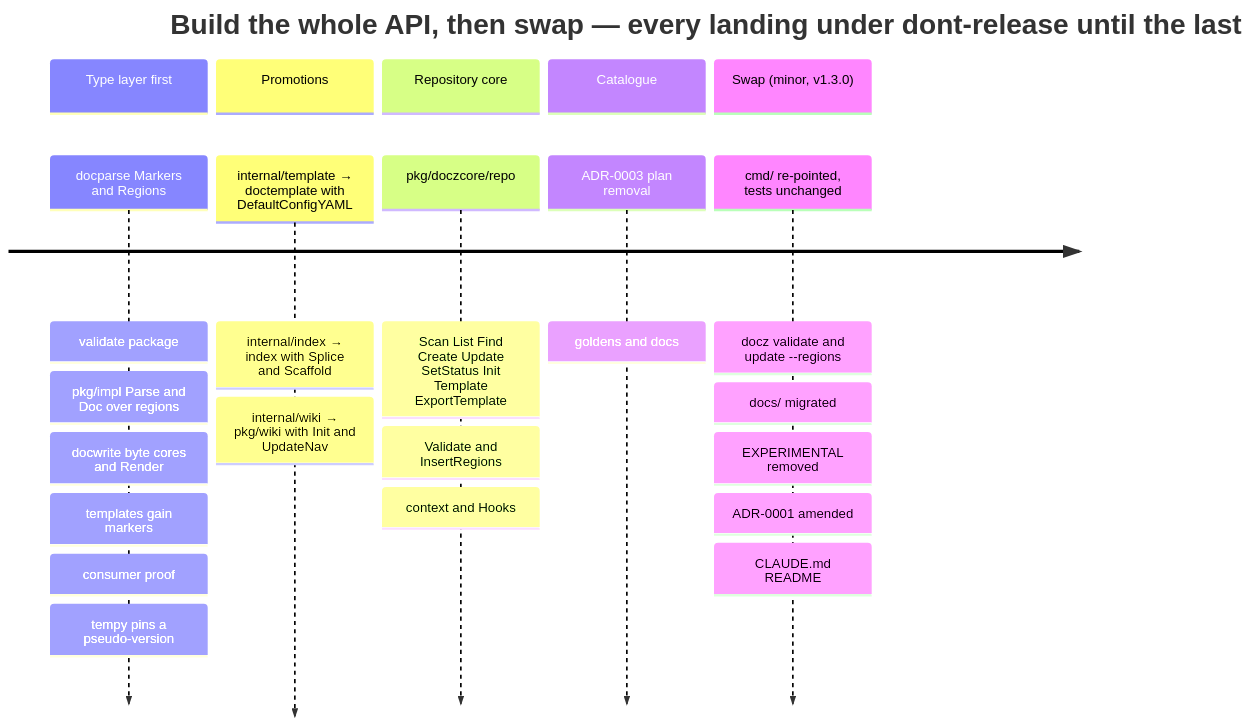
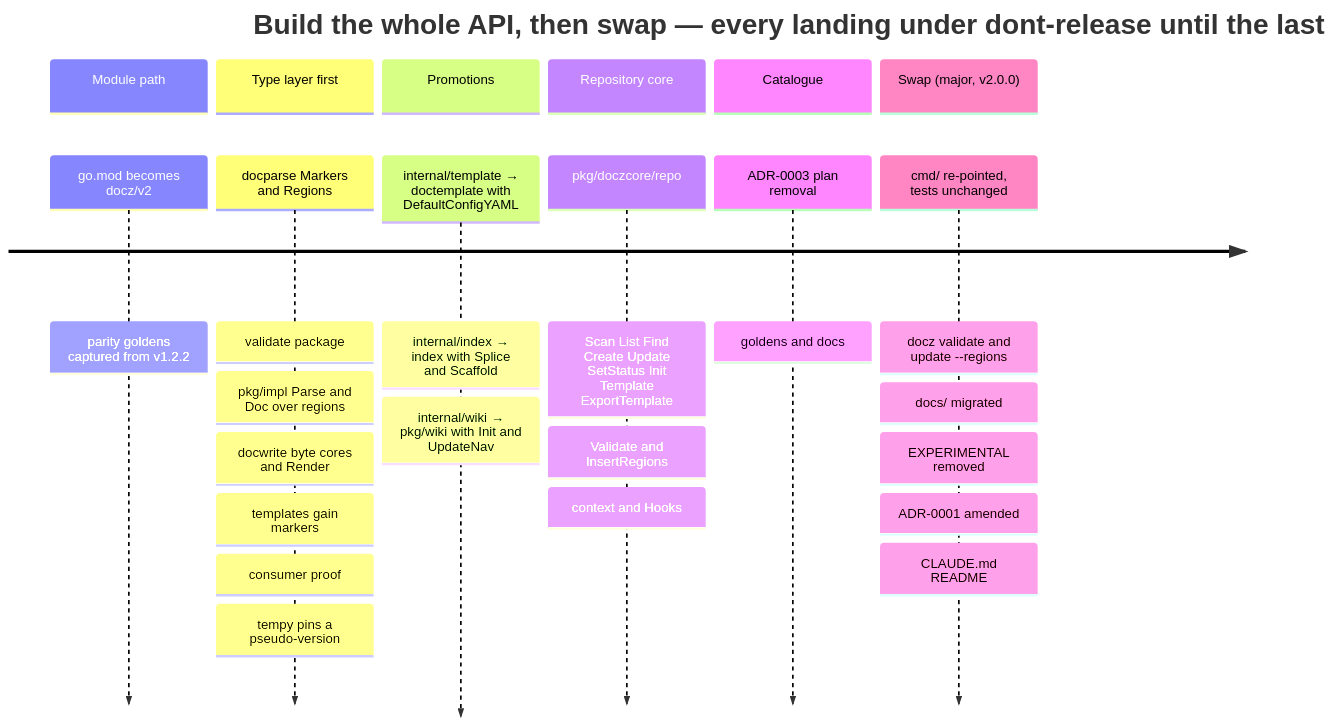
Diagram 14 of 15 in docs/design/0014-the-docz-api-as-one-unit-packages-types-functions-and-the-cmd.md (donaldgifford/docz), drawn with Mermaid before and after one commit. The commit also changed other lines of this file and 3 other files, not shown here.

First line of the commit message:
docs(adr): resolve ADR-0002/0003 open questions; ship the API as v2.0.0 with the /v2 module path

````diff
--- a/docs/design/0014-the-docz-api-as-one-unit-packages-types-functions-and-the-cmd.md
+++ b/docs/design/0014-the-docz-api-as-one-unit-packages-types-functions-and-the-cmd.md
@@ -1309,14 +1336,16 @@
 ```mermaid
 timeline
   title Build the whole API, then swap — every landing under dont-release until the last
+  section Module path
+    go.mod becomes docz/v2 : parity goldens captured from v1.2.2
   section Type layer first
     docparse Markers and Regions : validate package : pkg/impl Parse and Doc over regions : docwrite byte cores and Render : templates gain markers : consumer proof : tempy pins a pseudo-version
   section Promotions
     internal/template → doctemplate with DefaultConfigYAML : internal/index → index with Splice and Scaffold : internal/wiki → pkg/wiki with Init and UpdateNav
   section Repository core
     pkg/doczcore/repo : Scan List Find Create Update SetStatus Init Template ExportTemplate : Validate and InsertRegions : context and Hooks
   section Catalogue
     ADR-0003 plan removal : goldens and docs
-  section Swap (minor, v1.3.0)
+  section Swap (major, v2.0.0)
     cmd/ re-pointed, tests unchanged : docz validate and update --regions : docs/ migrated : EXPERIMENTAL removed : ADR-0001 amended : CLAUDE.md README
 ```
````
